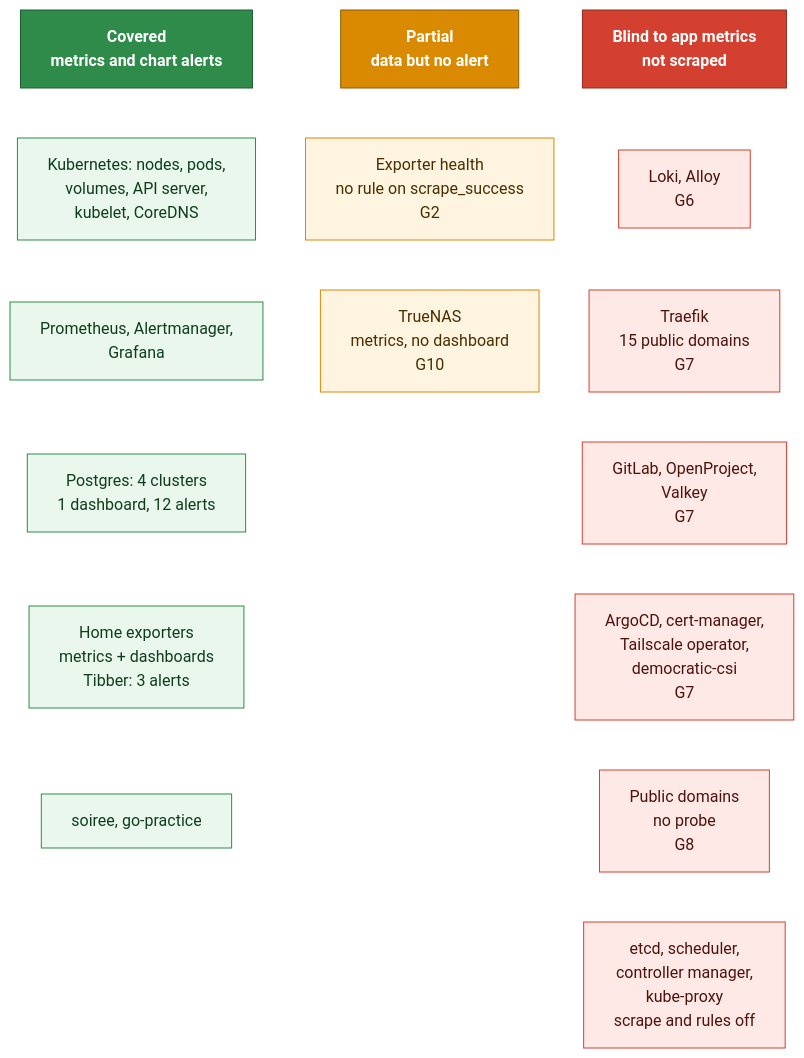
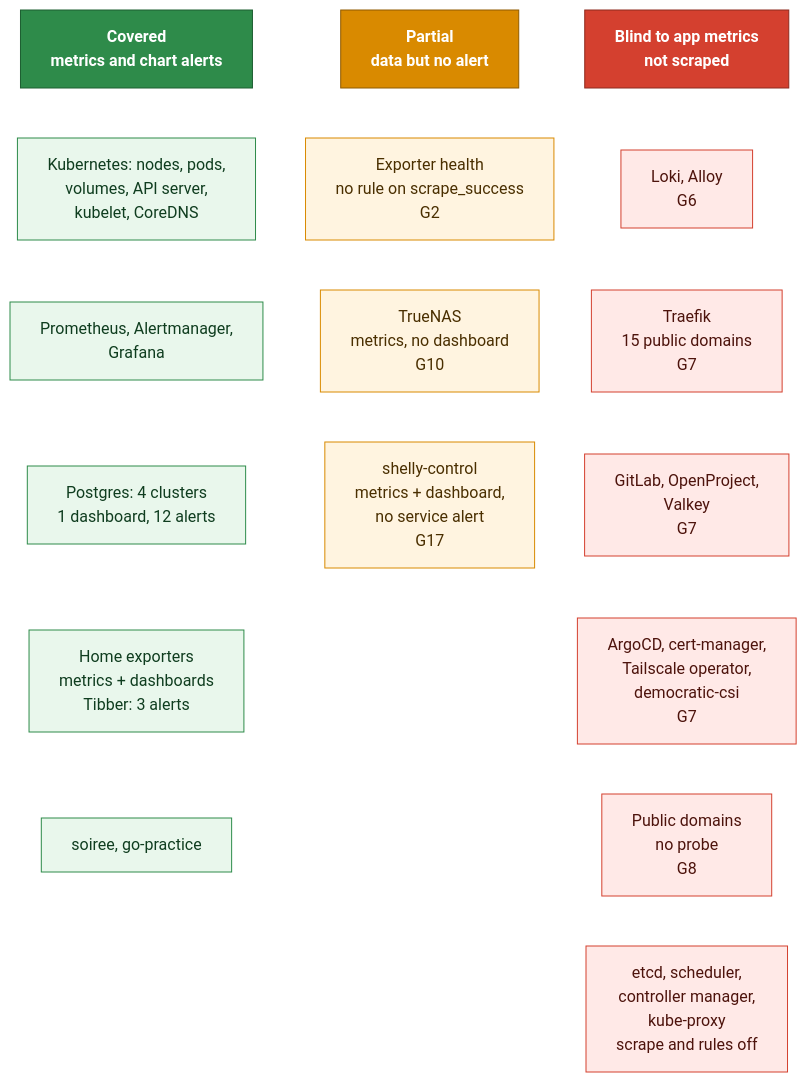
One commit to Yornik/sharkshere-gitops changed the third of 3 diagrams in docs/tech/monitoring.md. Above: the diagram before and after it, drawn with Mermaid. The commit also changed other lines of this file and 20 other files, not shown here.

````diff
--- a/docs/tech/monitoring.md
+++ b/docs/tech/monitoring.md
@@ -413,39 +419,40 @@
 ```mermaid
 flowchart TB
   classDef okh fill:#2e8b4a,stroke:#1d5e31,color:#ffffff,font-weight:bold
   classDef parth fill:#d98a00,stroke:#8f5b00,color:#ffffff,font-weight:bold
   classDef noneh fill:#d4402f,stroke:#8d2a1e,color:#ffffff,font-weight:bold
   classDef ok fill:#e9f7ec,stroke:#2e8b4a,color:#0f3d1f
   classDef part fill:#fff4e0,stroke:#d98a00,color:#4a2f00
   classDef none fill:#ffe9e7,stroke:#d4402f,color:#4d130c
 
   H1["Covered<br/>metrics and chart alerts"]
   A1["Kubernetes: nodes, pods,<br/>volumes, API server,<br/>kubelet, CoreDNS"]
   A2["Prometheus, Alertmanager,<br/>Grafana"]
   A3["Postgres: 4 clusters<br/>1 dashboard, 12 alerts"]
   A4["Home exporters<br/>metrics + dashboards<br/>Tibber: 3 alerts"]
   A5["soiree, go-practice"]
 
   H2["Partial<br/>data but no alert"]
   B1["Exporter health<br/>no rule on scrape_success<br/>G2"]
   B3["TrueNAS<br/>metrics, no dashboard<br/>G10"]
+  B4["shelly-control<br/>metrics + dashboard,<br/>no service alert<br/>G17"]
 
   H3["Blind to app metrics<br/>not scraped"]
   C1["Loki, Alloy<br/>G6"]
   C2["Traefik<br/>15 public domains<br/>G7"]
   C3["GitLab, OpenProject,<br/>Valkey<br/>G7"]
   C4["ArgoCD, cert-manager,<br/>Tailscale operator,<br/>democratic-csi<br/>G7"]
   C5["Public domains<br/>no probe<br/>G8"]
   C6["etcd, scheduler,<br/>controller manager,<br/>kube-proxy<br/>scrape and rules off"]
 
   H1 ~~~ A1 ~~~ A2 ~~~ A3 ~~~ A4 ~~~ A5
-  H2 ~~~ B1 ~~~ B3
+  H2 ~~~ B1 ~~~ B3 ~~~ B4
   H3 ~~~ C1 ~~~ C2 ~~~ C3 ~~~ C4 ~~~ C5 ~~~ C6
 
   class H1 okh
   class H2 parth
   class H3 noneh
   class A1,A2,A3,A4,A5 ok
-  class B1,B3 part
+  class B1,B3,B4 part
   class C1,C2,C3,C4,C5,C6 none
 ```
````
